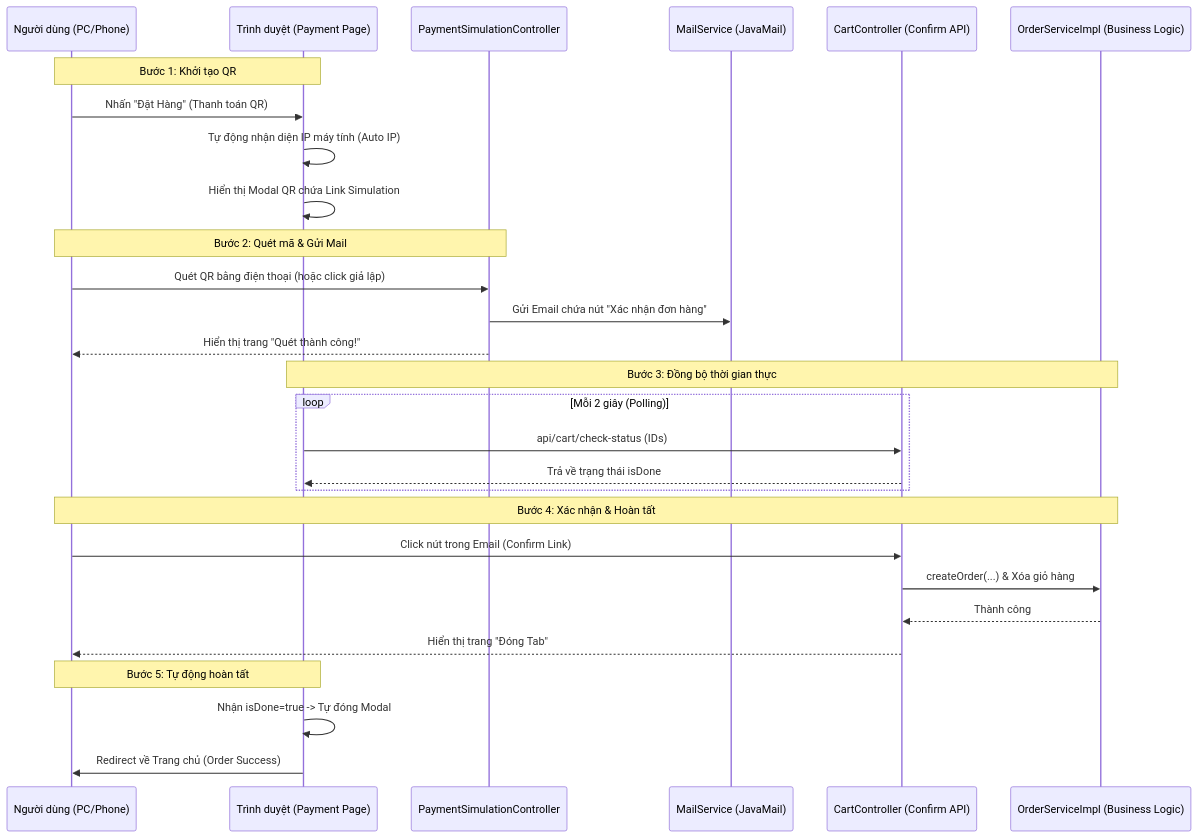
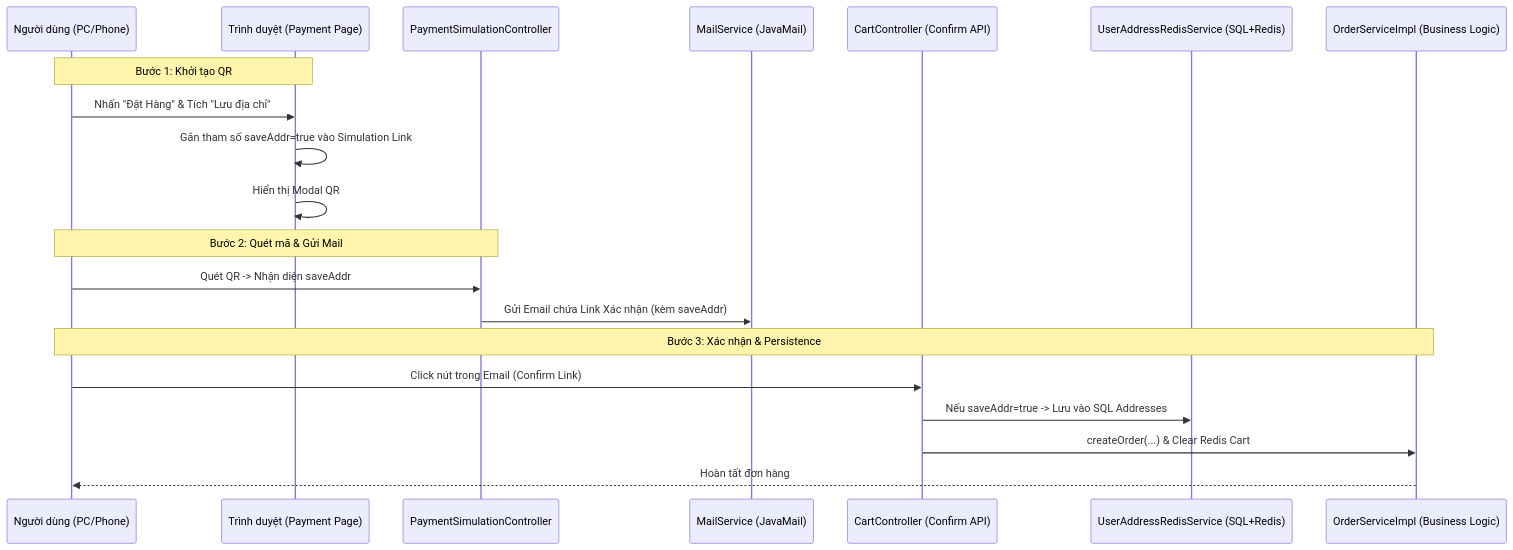
One commit to NguyenThanhDat3004/S-Mall changed the second of 2 diagrams in docs/routine/luongChayFeature.md. Above: the diagram before and after it, drawn with Mermaid. The commit also changed other lines of this file and 1 other file, not shown here.

````diff
--- a/docs/routine/luongChayFeature.md
+++ b/docs/routine/luongChayFeature.md
@@ -77,35 +89,25 @@
 ```mermaid
 sequenceDiagram
     participant User as Người dùng (PC/Phone)
     participant Browser as Trình duyệt (Payment Page)
     participant SimulationCtrl as PaymentSimulationController
     participant MailSvc as MailService (JavaMail)
     participant ConfirmCtrl as CartController (Confirm API)
+    participant AddressSvc as UserAddressRedisService (SQL+Redis)
     participant OrderSvc as OrderServiceImpl (Business Logic)
 
     Note over User, Browser: Bước 1: Khởi tạo QR
-    User->>Browser: Nhấn "Đặt Hàng" (Thanh toán QR)
-    Browser->>Browser: Tự động nhận diện IP máy tính (Auto IP)
-    Browser->>Browser: Hiển thị Modal QR chứa Link Simulation
+    User->>Browser: Nhấn "Đặt Hàng" & Tích "Lưu địa chỉ"
+    Browser->>Browser: Gắn tham số saveAddr=true vào Simulation Link
+    Browser->>Browser: Hiển thị Modal QR
     
     Note over User, SimulationCtrl: Bước 2: Quét mã & Gửi Mail
-    User->>SimulationCtrl: Quét QR bằng điện thoại (hoặc click giả lập)
-    SimulationCtrl->>MailSvc: Gửi Email chứa nút "Xác nhận đơn hàng"
-    SimulationCtrl-->>User: Hiển thị trang "Quét thành công!"
+    User->>SimulationCtrl: Quét QR -> Nhận diện saveAddr
+    SimulationCtrl->>MailSvc: Gửi Email chứa Link Xác nhận (kèm saveAddr)
     
-    Note over Browser, OrderSvc: Bước 3: Đồng bộ thời gian thực
-    Loop Mỗi 2 giây (Polling)
-        Browser->>ConfirmCtrl: api/cart/check-status (IDs)
-        ConfirmCtrl-->>Browser: Trả về trạng thái isDone
-    End
-
-    Note over User, OrderSvc: Bước 4: Xác nhận & Hoàn tất
+    Note over User, OrderSvc: Bước 3: Xác nhận & Persistence
     User->>ConfirmCtrl: Click nút trong Email (Confirm Link)
-    ConfirmCtrl->>OrderSvc: createOrder(...) & Xóa giỏ hàng
-    OrderSvc-->>ConfirmCtrl: Thành công
-    ConfirmCtrl-->>User: Hiển thị trang "Đóng Tab"
-    
-    Note over Browser, User: Bước 5: Tự động hoàn tất
-    Browser->>Browser: Nhận isDone=true -> Tự đóng Modal
-    Browser->>User: Redirect về Trang chủ (Order Success)
+    ConfirmCtrl->>AddressSvc: Nếu saveAddr=true -> Lưu vào SQL Addresses
+    ConfirmCtrl->>OrderSvc: createOrder(...) & Clear Redis Cart
+    OrderSvc-->>User: Hoàn tất đơn hàng
 ```
````
